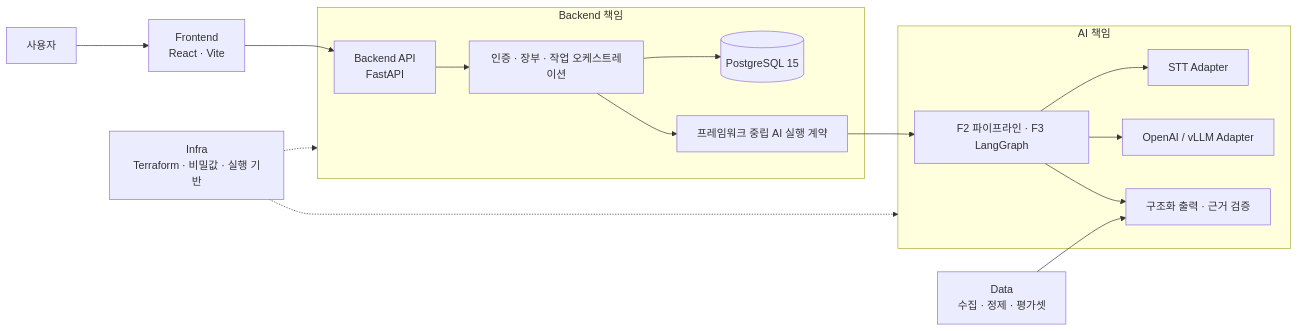
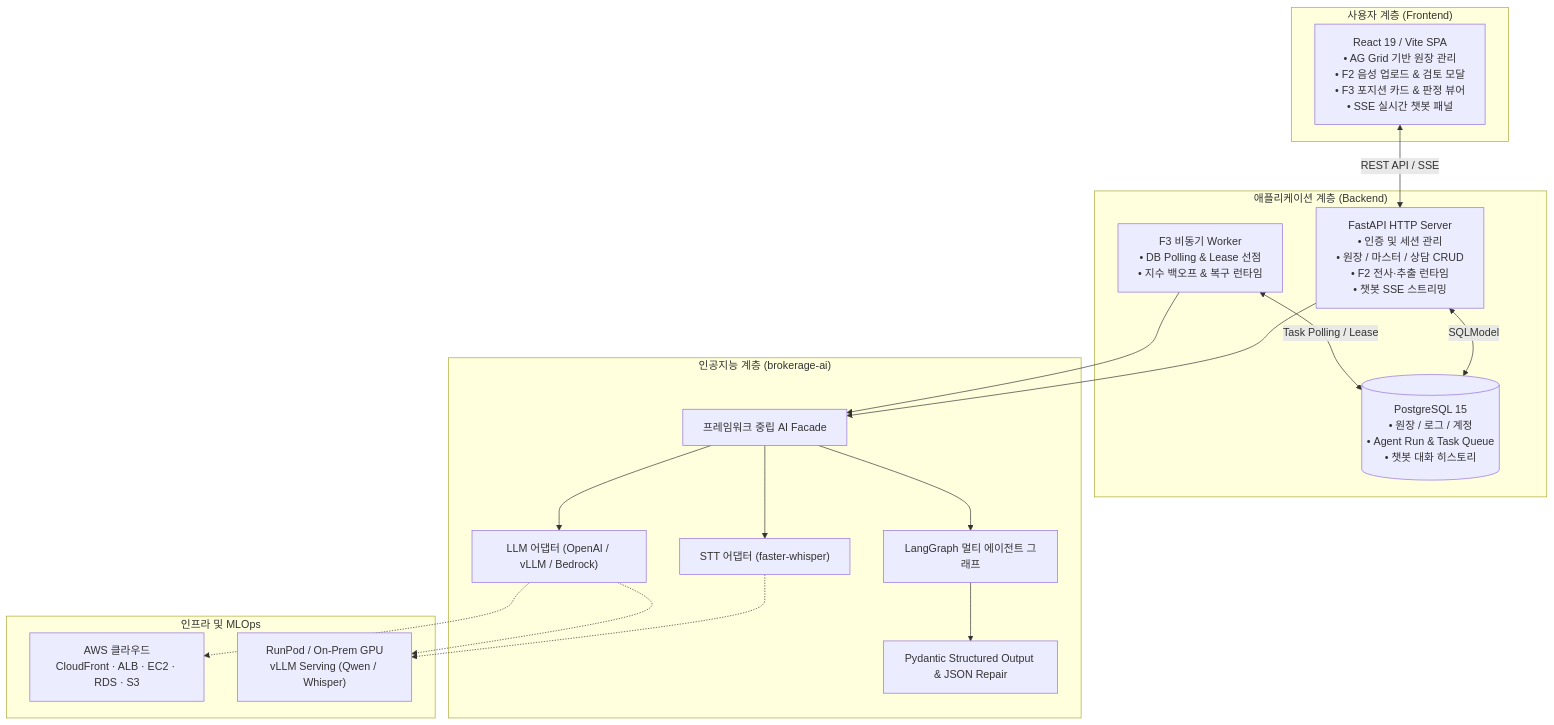
The third of 3 diagrams in README.md (SKNETWORKS-FAMILY-AICAMP/SKN30-FINAL-3Team), drawn with Mermaid before and after one commit. The commit also changed other lines of this file and 5 other files, not shown here.

````diff
--- a/README.md
+++ b/README.md
@@ -67,22 +93,43 @@
 ```mermaid
-flowchart LR
-    U["사용자"] --> FE["Frontend<br/>React · Vite"]
-    FE --> API["Backend API<br/>FastAPI"]
-
-    subgraph BE["Backend 책임"]
-        API --> APP["인증 · 장부 · 작업 오케스트레이션"]
-        APP --> DB[("PostgreSQL 15")]
-        APP --> PORT["프레임워크 중립 AI 실행 계약"]
+flowchart TB
+    subgraph Client["사용자 계층 (Frontend)"]
+        FE["React 19 / Vite SPA<br/>• AG Grid 기반 원장 관리<br/>• F2 음성 업로드 & 검토 모달<br/>• F3 포지션 카드 & 판정 뷰어<br/>• SSE 실시간 챗봇 패널"]
     end
 
-    subgraph AIM["AI 책임"]
-        PORT --> WF["F2 파이프라인 · F3 LangGraph"]
-        WF --> STT["STT Adapter"]
-        WF --> LLM["OpenAI / vLLM Adapter"]
-        WF --> EVAL["구조화 출력 · 근거 검증"]
+    subgraph Server["애플리케이션 계층 (Backend)"]
+        API["FastAPI HTTP Server<br/>• 인증 및 세션 관리<br/>• 원장 / 마스터 / 상담 CRUD<br/>• F2 전사·추출 런타임<br/>• 챗봇 SSE 스트리밍"]
+        
+        WORKER["F3 비동기 Worker<br/>• DB Polling & Lease 선점<br/>• 지수 백오프 & 복구 런타임"]
+        
+        DB[("PostgreSQL 15<br/>• 원장 / 로그 / 계정<br/>• Agent Run & Task Queue<br/>• 챗봇 대화 히스토리")]
     end
 
-    DATA["Data<br/>수집 · 정제 · 평가셋"] --> EVAL
-    INFRA["Infra<br/>Terraform · 비밀값 · 실행 기반"] -.-> BE
-    INFRA -.-> AIM
+    subgraph AI["인공지능 계층 (brokerage-ai)"]
+        PORT["프레임워크 중립 AI Facade"]
+        LG["LangGraph 멀티 에이전트 그래프"]
+        STT["STT 어댑터 (faster-whisper)"]
+        LLM["LLM 어댑터 (OpenAI / vLLM / Bedrock)"]
+        VAL["Pydantic Structured Output & JSON Repair"]
+    end
+
+    subgraph Infra["인프라 및 MLOps"]
+        AWS["AWS 클라우드<br/>CloudFront · ALB · EC2 · RDS · S3"]
+        GPU["RunPod / On-Prem GPU<br/>vLLM Serving (Qwen / Whisper)"]
+    end
+
+    FE <-->|REST API / SSE| API
+    API <-->|SQLModel| DB
+    WORKER <-->|Task Polling / Lease| DB
+    
+    API --> PORT
+    WORKER --> PORT
+    
+    PORT --> LG
+    PORT --> STT
+    PORT --> LLM
+    LG --> VAL
+    
+    STT -.-> GPU
+    LLM -.-> GPU
+    LLM -.-> AWS
 ```
````
